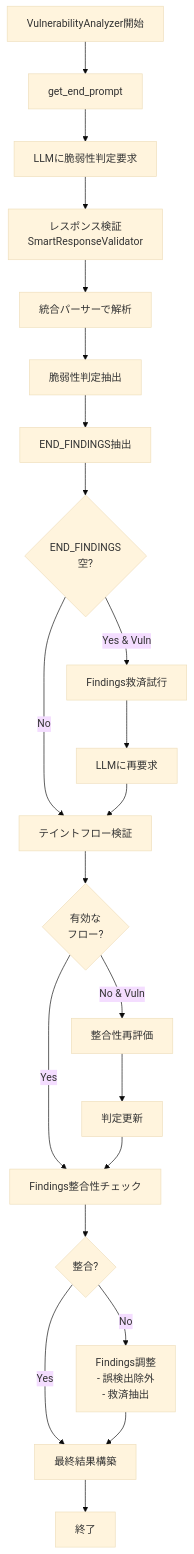
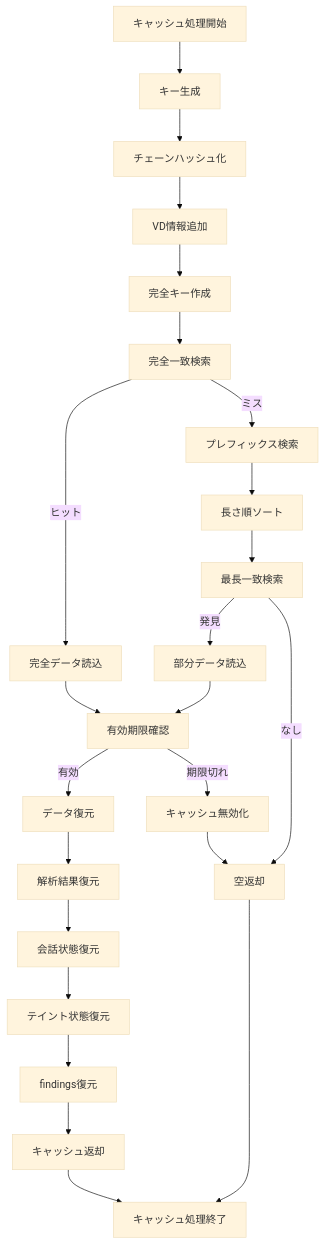
Before and after one commit to ta-061/tee-flow-inspector: the ninth of 23 diagrams in Document/Process_Flow.md, drawn with Mermaid (base theme). The commit also changed other lines of this file and 2 other files, not shown here.

````diff
--- a/Document/Process_Flow.md
+++ b/Document/Process_Flow.md
@@ -560,34 +543,32 @@
 ```mermaid
-graph TB
-    VulnStart[VulnerabilityAnalyzer開始]
-    VulnStart --> GenEndPrompt[get_end_prompt]
+flowchart TD
+    StartCache[キャッシュ処理開始] --> GenerateKey[キー生成]
+    GenerateKey --> HashChain[チェーンハッシュ化]
+    HashChain --> AddVDInfo[VD情報追加]
+    AddVDInfo --> CreateFullKey[完全キー作成]
     
-    GenEndPrompt --> CallLLMVuln[LLMに脆弱性判定要求]
-    CallLLMVuln --> ValidateVuln[レスポンス検証<br/>SmartResponseValidator]
+    CreateFullKey --> SearchExact[完全一致検索]
+    SearchExact -->|ヒット| LoadExact[完全データ読込]
+    SearchExact -->|ミス| SearchPrefix[プレフィックス検索]
     
-    ValidateVuln --> ParseVulnResp[統合パーサーで解析]
-    ParseVulnResp --> ExtractDecision[脆弱性判定抽出]
+    SearchPrefix --> SortByLength[長さ順ソート]
+    SortByLength --> FindLongest[最長一致検索]
+    FindLongest -->|発見| LoadPartial[部分データ読込]
+    FindLongest -->|なし| ReturnEmpty[空返却]
     
-    ExtractDecision --> ExtractEndFindings[END_FINDINGS抽出]
+    LoadExact --> ValidateExpiry[有効期限確認]
+    LoadPartial --> ValidateExpiry
     
-    ExtractEndFindings --> CheckEmpty{END_FINDINGS<br/>空?}
-    CheckEmpty -->|Yes & Vuln| RecoveryAttempt[Findings救済試行]
-    CheckEmpty -->|No| CheckTaintFlow
+    ValidateExpiry -->|有効| DeserializeData[データ復元]
+    ValidateExpiry -->|期限切れ| InvalidateCache[キャッシュ無効化]
+    InvalidateCache --> ReturnEmpty
     
-    RecoveryAttempt --> RequestFindings[LLMに再要求]
-    RequestFindings --> CheckTaintFlow[テイントフロー検証]
+    DeserializeData --> RestoreAnalyses[解析結果復元]
+    RestoreAnalyses --> RestoreConversation[会話状態復元]
+    RestoreConversation --> RestoreTaintState[テイント状態復元]
+    RestoreTaintState --> RestoreFindings[findings復元]
+    RestoreFindings --> ReturnCached[キャッシュ返却]
     
-    CheckTaintFlow --> ValidFlow{有効な<br/>フロー?}
-    ValidFlow -->|No & Vuln| Reevaluate[整合性再評価]
-    ValidFlow -->|Yes| CheckFindingsConsist
-    
-    Reevaluate --> UpdateDecision[判定更新]
-    UpdateDecision --> CheckFindingsConsist[Findings整合性チェック]
-    
-    CheckFindingsConsist --> Consistent{整合?}
-    Consistent -->|No| AdjustFindings[Findings調整<br/>- 誤検出除外<br/>- 救済抽出]
-    Consistent -->|Yes| BuildResult
-    
-    AdjustFindings --> BuildResult[最終結果構築]
-    BuildResult --> VulnEnd[終了]
+    ReturnEmpty --> EndCache[キャッシュ処理終了]
+    ReturnCached --> EndCache
 ```
````
